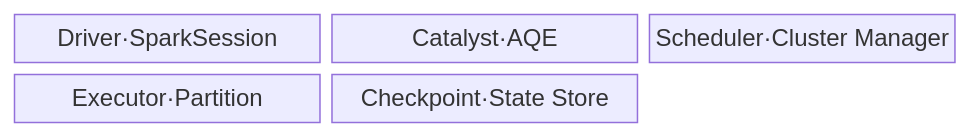
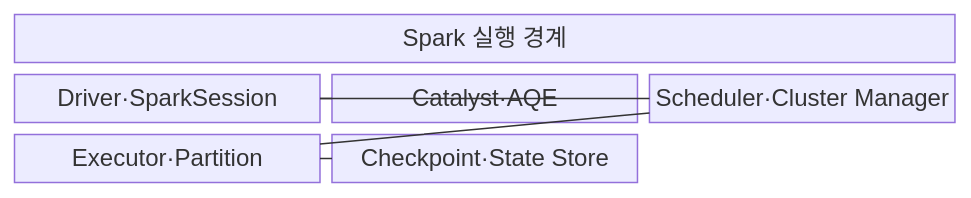
The first of 2 diagrams in src/content/docs/notes/03-software/117_apache_spark.md (agnusdei1207/knowledge-base), drawn with Mermaid before and after one commit. The commit also changed other lines of this file and 20 other files, not shown here.

````diff
--- a/src/content/docs/notes/03-software/117_apache_spark.md
+++ b/src/content/docs/notes/03-software/117_apache_spark.md
@@ -67,9 +69,14 @@
 ```mermaid
-block-beta
+block
   columns 3
+  A["Spark 실행 경계"]:3
   D["Driver·SparkSession"]
   C["Catalyst·AQE"]
   S["Scheduler·Cluster Manager"]
   E["Executor·Partition"]
   P["Checkpoint·State Store"]
+  D --- C
+  D --- S
+  S --- E
+  E --- P
 ```
````
